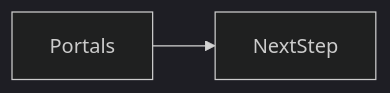
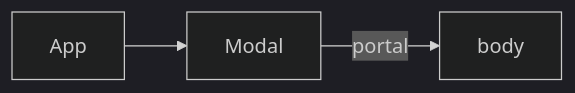
One commit to OmidJavaherii/Frontend-Engineering-Handbook changed the second of 2 diagrams in docs/en/10-react/portals/index.md. Above: the diagram before and after it, drawn with Mermaid (dark theme). The commit also changed other lines of this file and 461 other files, not shown here.

````diff
--- a/docs/en/10-react/portals/index.md
+++ b/docs/en/10-react/portals/index.md
@@ -94,4 +106,5 @@
 ```mermaid
 flowchart LR
-  concept[Portals] --> nextStep[NextStep]
+  App --> Modal
+  Modal -->|portal| Body[body]
 ```
````
